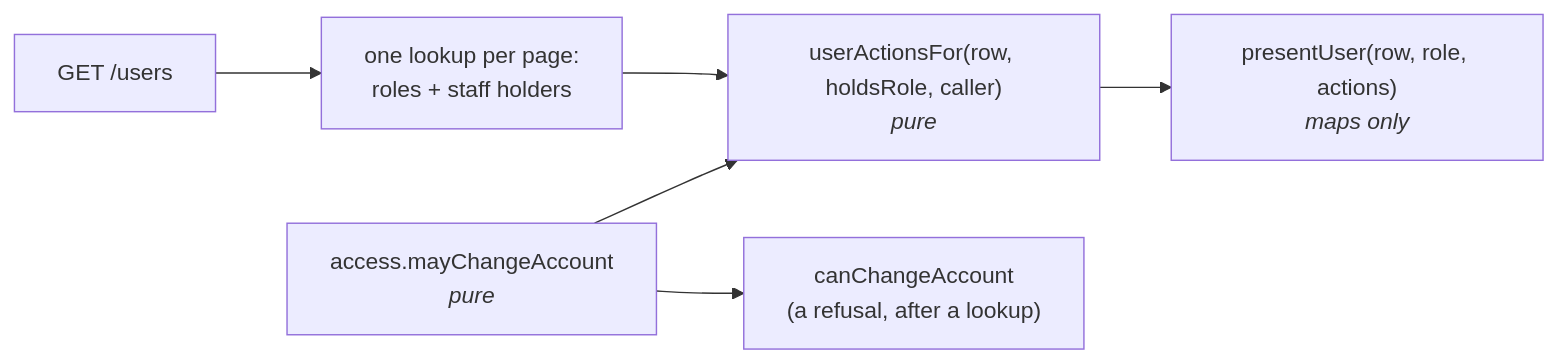
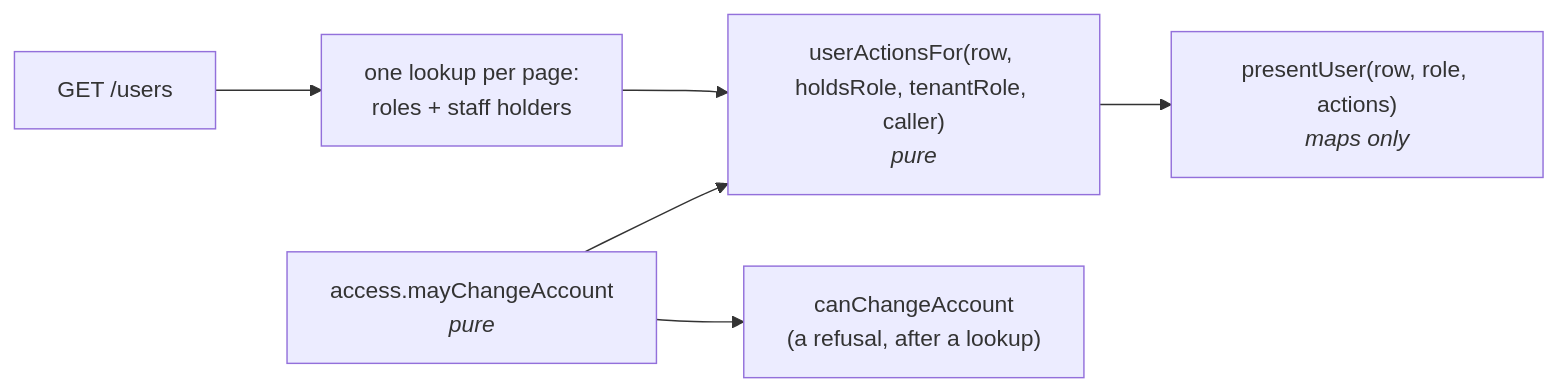
The third of 3 diagrams in docs/modules/users.md (Guebbit/boilerplate-node-backend), drawn with Mermaid before and after one commit. The commit also changed other lines of this file and 38 other files, not shown here.

````diff
--- a/docs/modules/users.md
+++ b/docs/modules/users.md
@@ -191,8 +221,8 @@
 ```mermaid
 flowchart LR
     REQ["GET /users"] --> L["one lookup per page:<br/>roles + staff holders"]
-    L --> F["userActionsFor(row, holdsRole, caller)<br/><i>pure</i>"]
+    L --> F["userActionsFor(row, holdsRole, tenantRole, caller)<br/><i>pure</i>"]
     M["access.mayChangeAccount<br/><i>pure</i>"] --> F
     F --> P["presentUser(row, role, actions)<br/><i>maps only</i>"]
     M --> C["canChangeAccount<br/>(a refusal, after a lookup)"]
 ```
````
